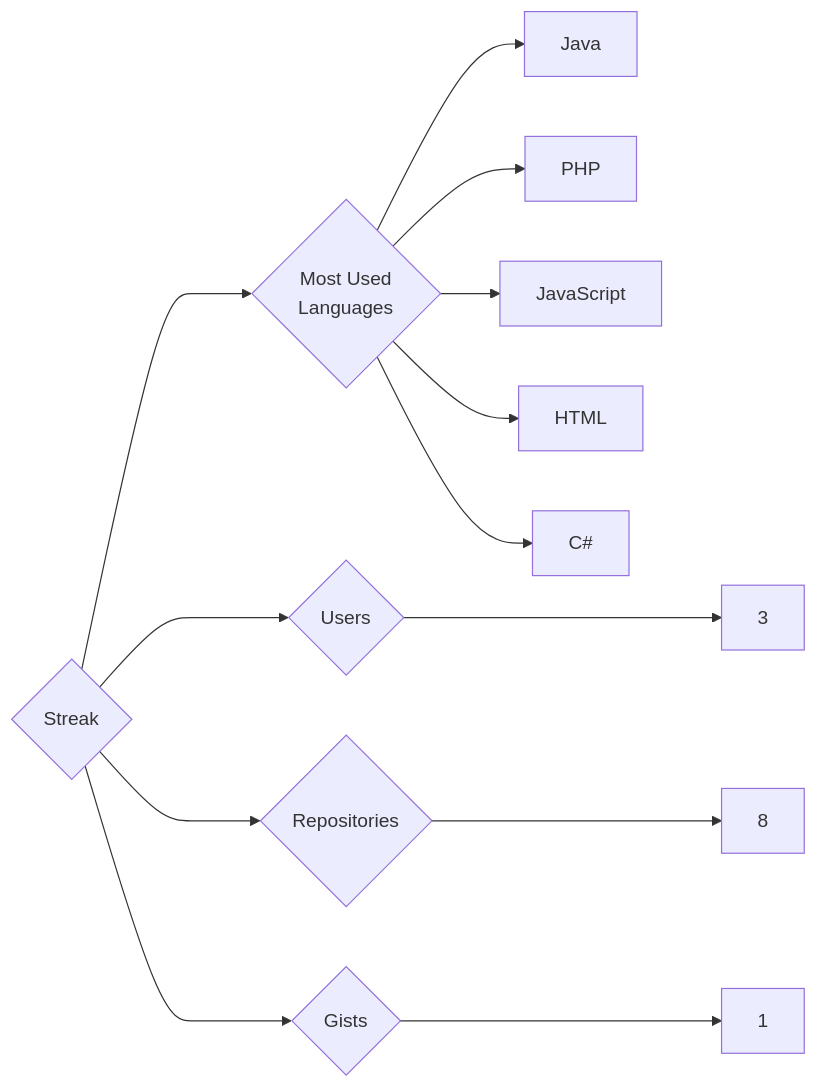
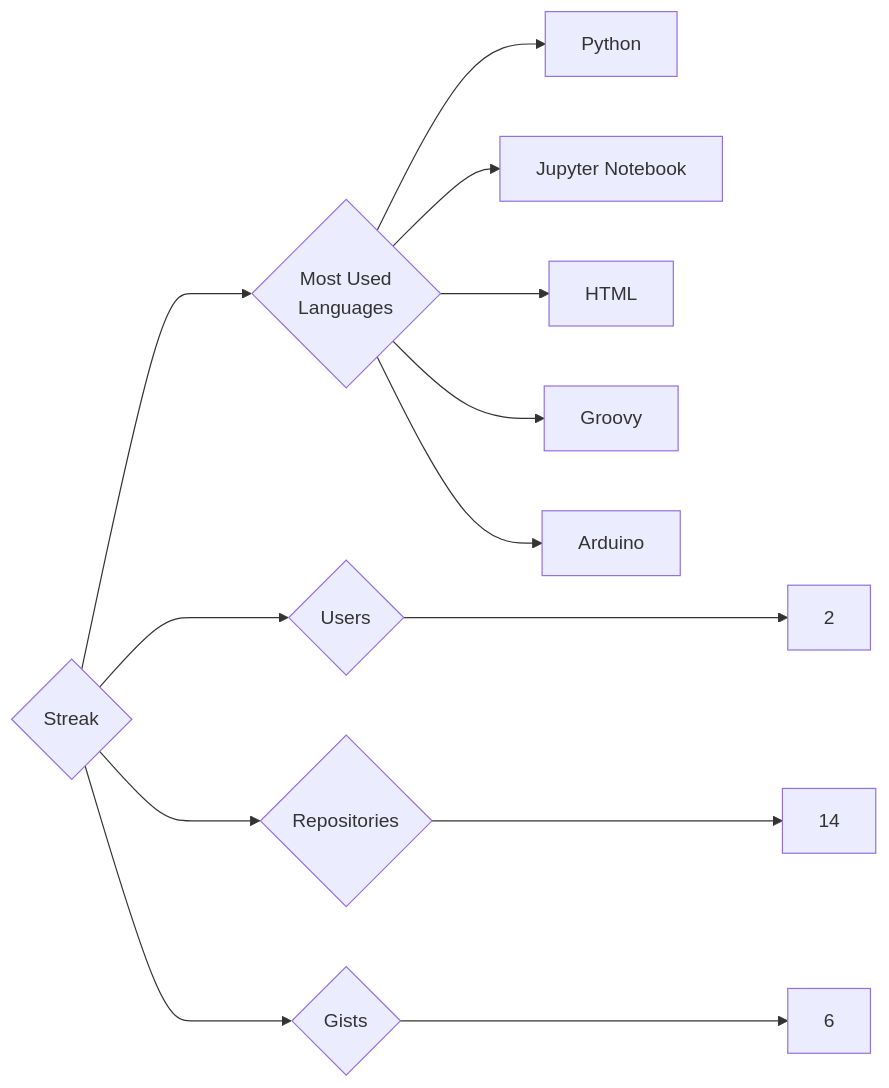
The diagram in targets/Streak/README.md (trickest/insiders), drawn with Mermaid before and after one commit. The commit also changed 920 other files, not shown here.

````diff
--- a/targets/Streak/README.md
+++ b/targets/Streak/README.md
@@ -3,13 +3,13 @@
 ```mermaid
 graph LR
 COMPANY_NAME{Streak}
-COMPANY_NAME ---> U{Users} ---> UN[3]
-COMPANY_NAME ---> R{Repositories} ---> RN[8]
-COMPANY_NAME ---> G{Gists} ---> GN[1]
+COMPANY_NAME ---> U{Users} ---> UN[2]
+COMPANY_NAME ---> R{Repositories} ---> RN[14]
+COMPANY_NAME ---> G{Gists} ---> GN[6]
 COMPANY_NAME ---> ML{Most Used<br>Languages}
-ML --> Java[Java]
-ML --> PHP[PHP]
-ML --> JavaScript[JavaScript]
+ML --> Python[Python]
+ML --> Jupyter_Notebook[Jupyter Notebook]
 ML --> HTML[HTML]
-ML --> C#[C#]
+ML --> Groovy[Groovy]
+ML --> Arduino[Arduino]
 ```
````
